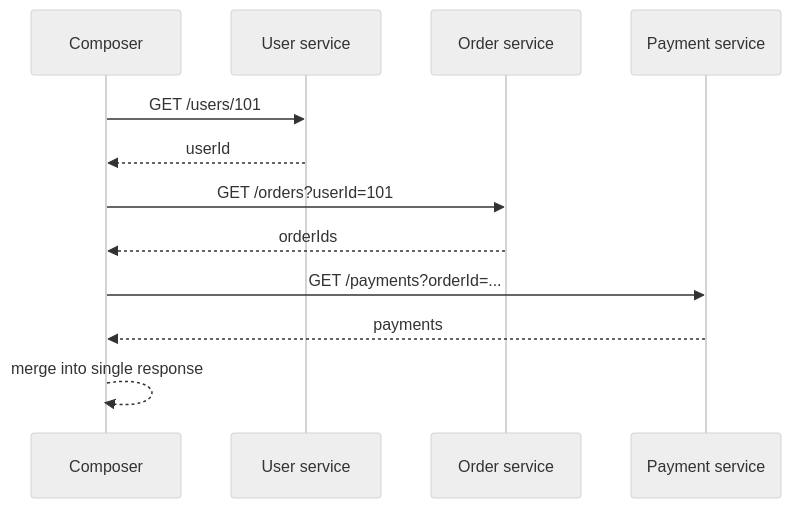
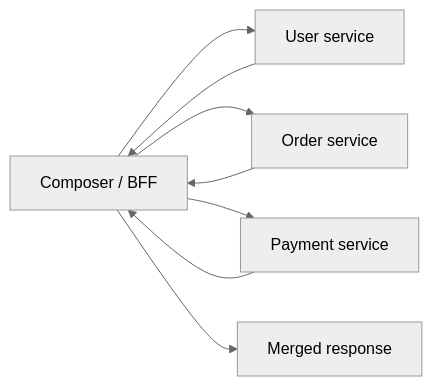
One commit to hareramcse/SystemDesign changed diagram 12 of 28 in 07-api-design/README.md. Above: the diagram before and after it, drawn with Mermaid (neutral theme). The commit also changed other lines of this file and 14 other files, not shown here.

````diff
--- a/07-api-design/README.md
+++ b/07-api-design/README.md
@@ -1357,14 +927,10 @@
 ```mermaid
-sequenceDiagram
-    participant B as Composer
-    participant U as User service
-    participant O as Order service
-    participant P as Payment service
-    B->>U: GET /users/101
-    U-->>B: userId
-    B->>O: GET /orders?userId=101
-    O-->>B: orderIds
-    B->>P: GET /payments?orderId=...
-    P-->>B: payments
-    B-->>B: merge into single response
+flowchart LR
+    B[Composer / BFF] --> U[User service]
+    U --> B
+    B --> O[Order service]
+    O --> B
+    B --> P[Payment service]
+    P --> B
+    B --> R[Merged response]
 ```
````
